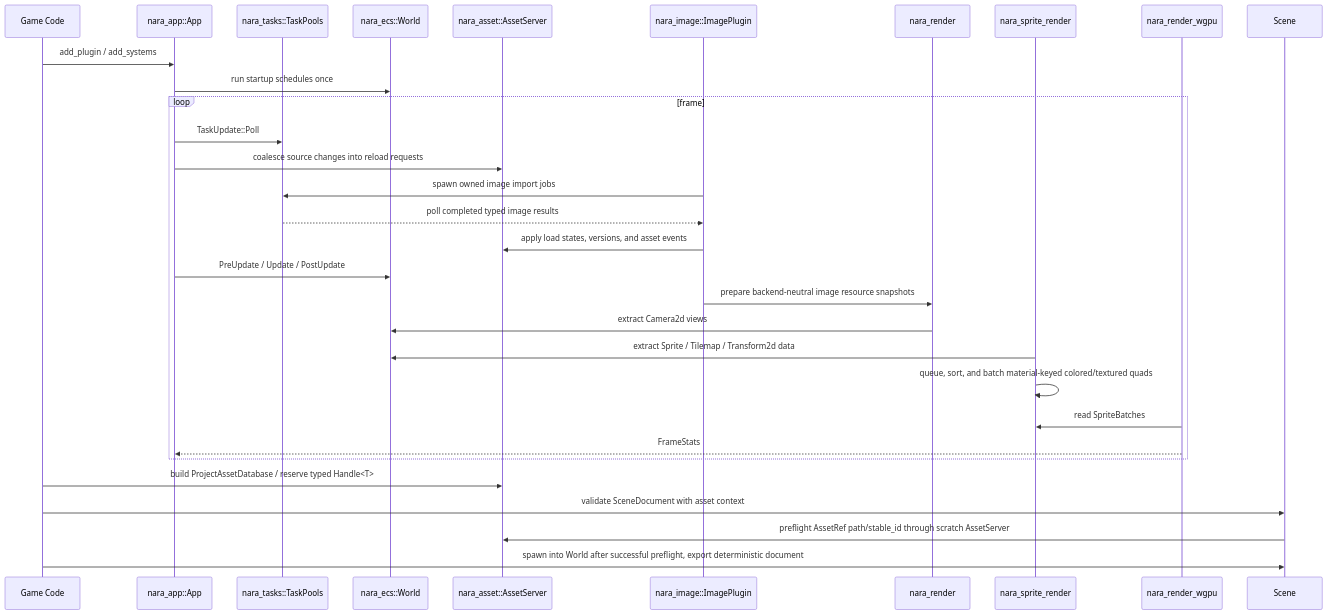
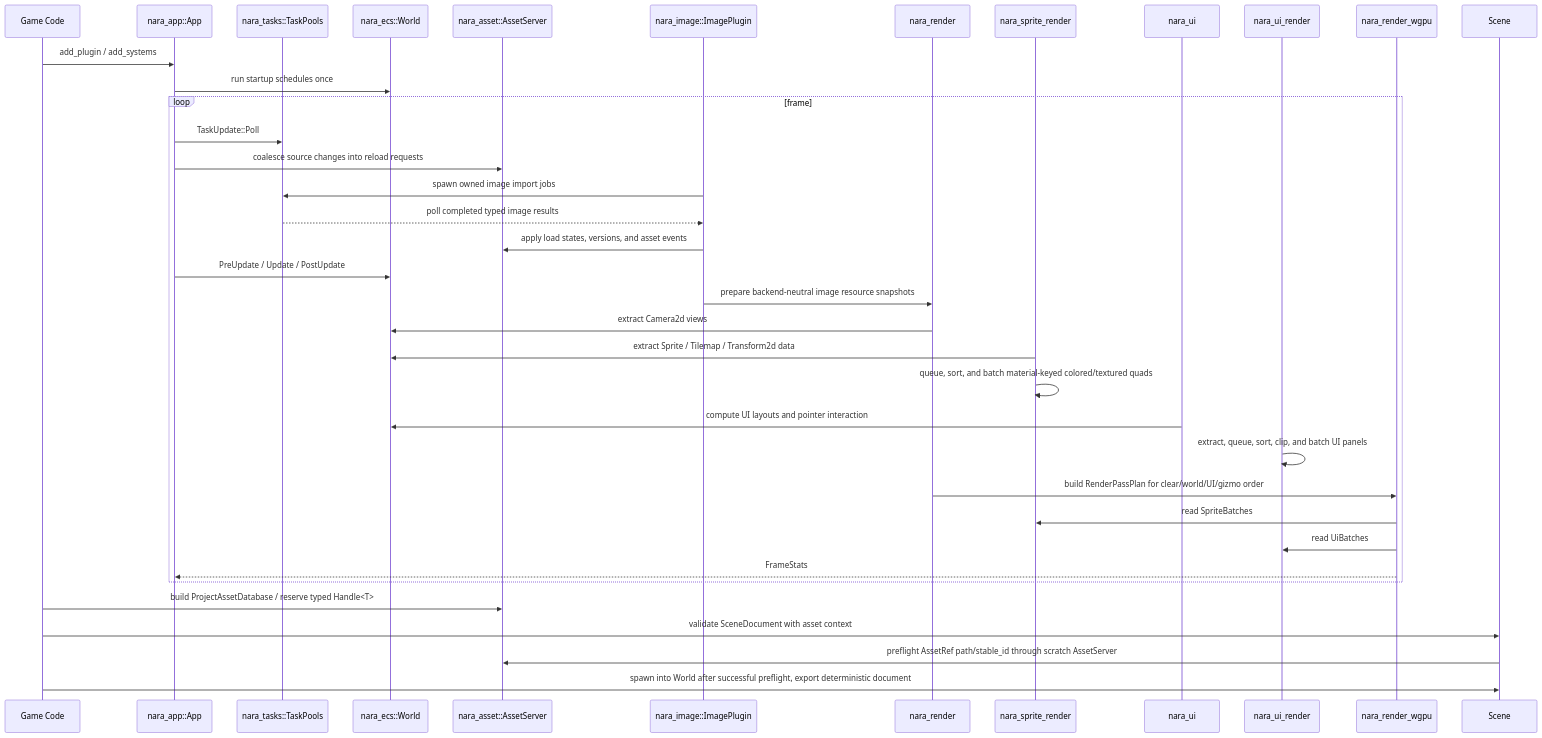
One commit to Latias94/nara changed the second of 2 diagrams in docs/architecture/nara-foundation.md. Above: the diagram before and after it, drawn with Mermaid. The commit also changed other lines of this file and 20 other files, not shown here.

````diff
--- a/docs/architecture/nara-foundation.md
+++ b/docs/architecture/nara-foundation.md
@@ -99,33 +101,39 @@
 ```mermaid
 sequenceDiagram
     participant Game as Game Code
     participant App as nara_app::App
     participant Tasks as nara_tasks::TaskPools
     participant ECS as nara_ecs::World
     participant Asset as nara_asset::AssetServer
     participant Image as nara_image::ImagePlugin
     participant Render as nara_render
     participant SpriteRender as nara_sprite_render
+    participant Ui as nara_ui
+    participant UiRender as nara_ui_render
     participant Wgpu as nara_render_wgpu
 
     Game->>App: add_plugin / add_systems
     App->>ECS: run startup schedules once
     loop frame
         App->>Tasks: TaskUpdate::Poll
         App->>Asset: coalesce source changes into reload requests
         Image->>Tasks: spawn owned image import jobs
         Tasks-->>Image: poll completed typed image results
         Image->>Asset: apply load states, versions, and asset events
         App->>ECS: PreUpdate / Update / PostUpdate
         Image->>Render: prepare backend-neutral image resource snapshots
         Render->>ECS: extract Camera2d views
         SpriteRender->>ECS: extract Sprite / Tilemap / Transform2d data
         SpriteRender->>SpriteRender: queue, sort, and batch material-keyed colored/textured quads
+        Ui->>ECS: compute UI layouts and pointer interaction
+        UiRender->>UiRender: extract, queue, sort, clip, and batch UI panels
+        Render->>Wgpu: build RenderPassPlan for clear/world/UI/gizmo order
         Wgpu->>SpriteRender: read SpriteBatches
+        Wgpu->>UiRender: read UiBatches
         Wgpu-->>App: FrameStats
     end
     Game->>Asset: build ProjectAssetDatabase / reserve typed Handle<T>
     Game->>Scene: validate SceneDocument with asset context
     Scene->>Asset: preflight AssetRef path/stable_id through scratch AssetServer
     Game->>Scene: spawn into World after successful preflight, export deterministic document
 ```
````
